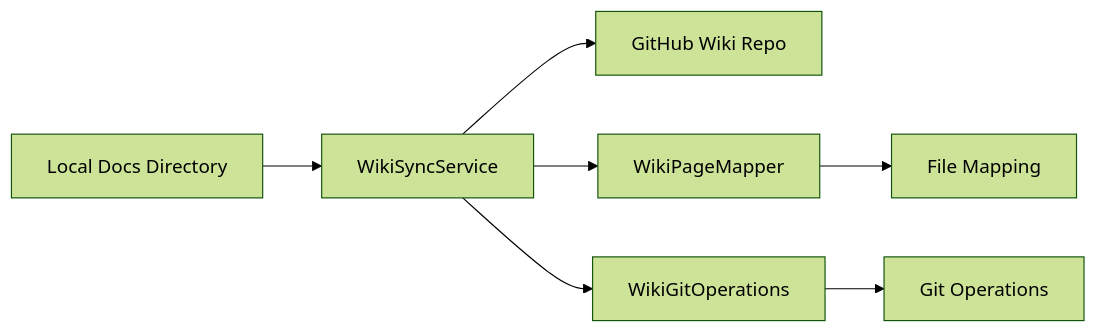
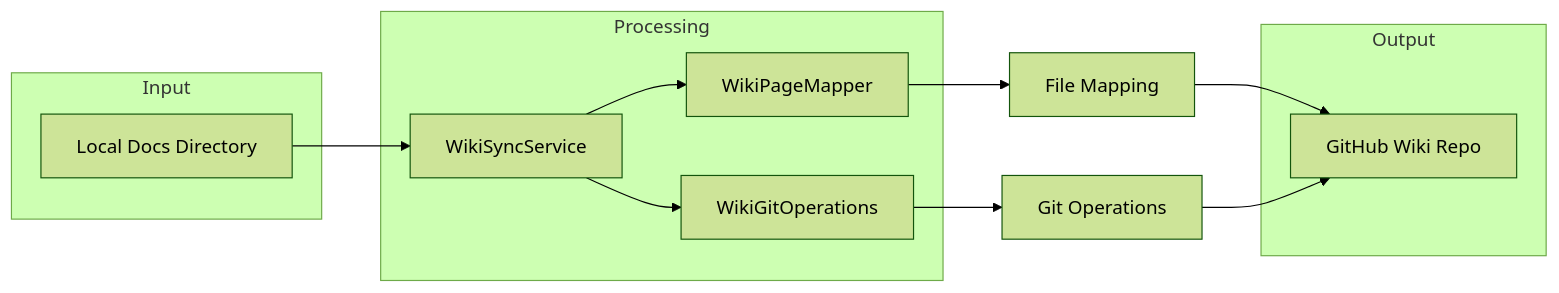
The second of 2 diagrams in Docs/SystemDesign/WikiServices/wiki_sync_service.md (Shakour-Data/AutoProjectManagement), drawn with Mermaid (forest theme) before and after one commit.

Commit message:
Auto-commit: 1 file(s) updated

````diff
--- a/Docs/SystemDesign/WikiServices/wiki_sync_service.md
+++ b/Docs/SystemDesign/WikiServices/wiki_sync_service.md
@@ -63,9 +63,24 @@
 ```mermaid
 flowchart LR
-    A[Local Docs Directory] --> B[WikiSyncService]
-    B --> C[GitHub Wiki Repo]
-    B --> D[WikiPageMapper]
-    B --> E[WikiGitOperations]
+    subgraph Input
+        A[Local Docs Directory]
+    end
+    
+    subgraph Processing
+        B[WikiSyncService]
+        D[WikiPageMapper]
+        E[WikiGitOperations]
+    end
+    
+    subgraph Output
+        C[GitHub Wiki Repo]
+    end
+    
+    A --> B
+    B --> D
+    B --> E
     D --> F[File Mapping]
     E --> G[Git Operations]
+    F --> C
+    G --> C
 ```
````
